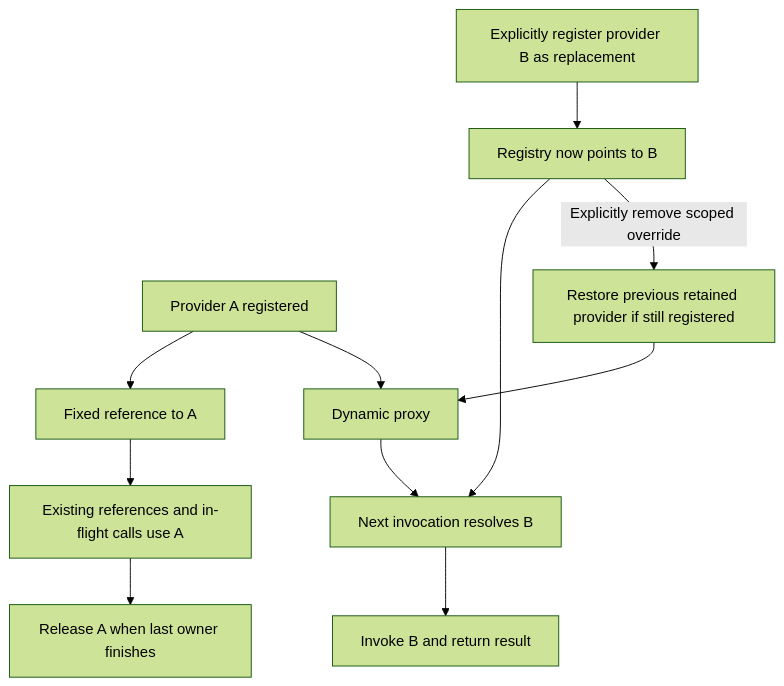
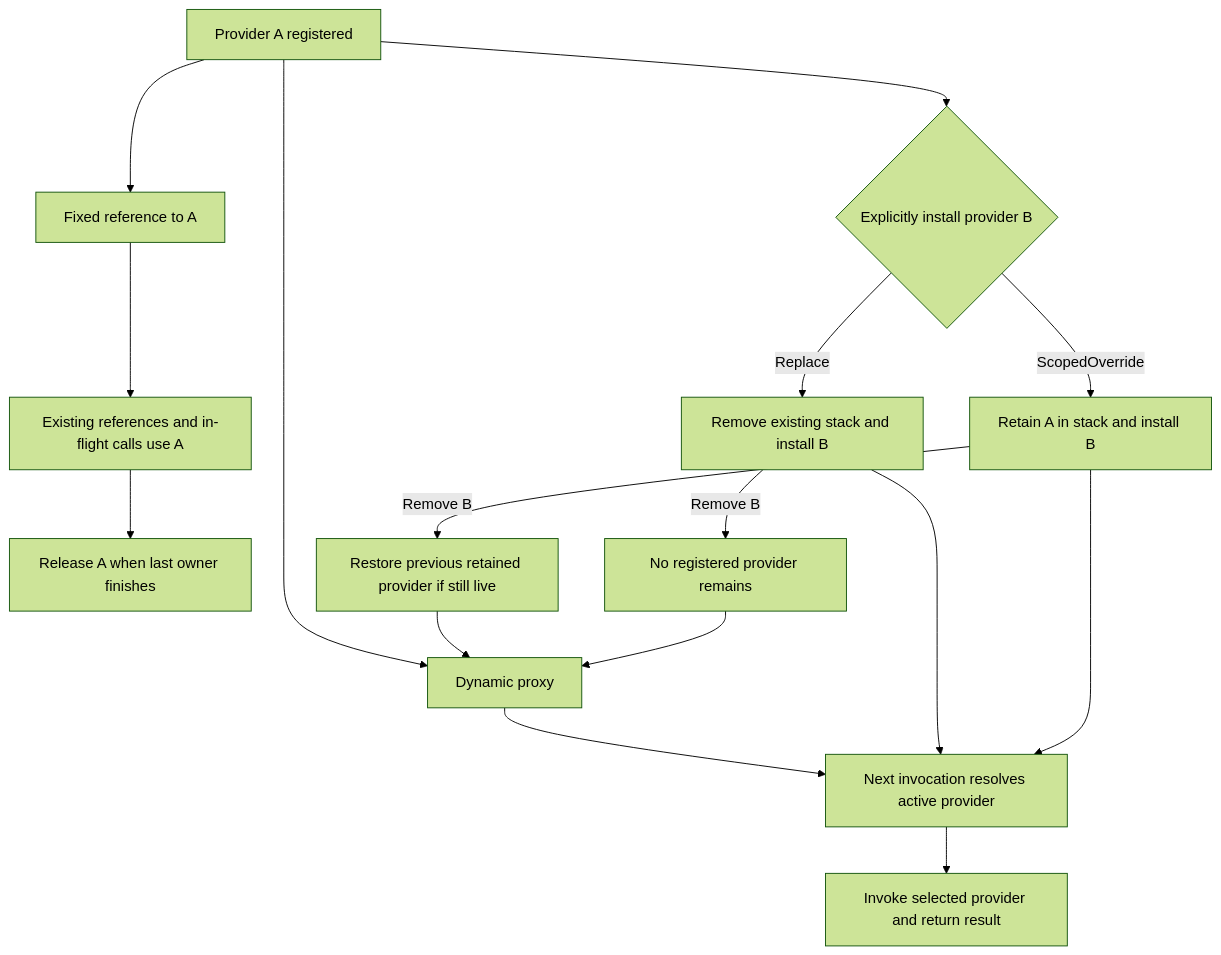
One commit to polyglue/polyglue changed diagram 34 of 45 in PROJECT.md. Above: the diagram before and after it, drawn with Mermaid (forest theme). The commit also changed other lines of this file, not shown here.

Commit message:
Expand service registry and listener lifecycle specification

````diff
--- a/PROJECT.md
+++ b/PROJECT.md
@@ -2930,13 +3072,18 @@
 ```mermaid
 flowchart TD
     A["Provider A registered"] --> B["Fixed reference to A"]
     A --> C["Dynamic proxy"]
-    D["Explicitly register provider B as replacement"] --> E["Registry now points to B"]
+    A --> D{"Explicitly install provider B"}
+    D -->|Replace| E["Remove existing stack and install B"]
+    D -->|ScopedOverride| K["Retain A in stack and install B"]
     B --> F["Existing references and in-flight calls use A"]
-    C --> G["Next invocation resolves B"]
+    C --> G["Next invocation resolves active provider"]
     E --> G
-    G --> H["Invoke B and return result"]
+    K --> G
+    G --> H["Invoke selected provider and return result"]
     F --> I["Release A when last owner finishes"]
-    E -->|Explicitly remove scoped override| J["Restore previous retained provider if still registered"]
+    E -->|Remove B| L["No registered provider remains"]
+    K -->|Remove B| J["Restore previous retained provider if still live"]
     J --> C
+    L --> C
 ```
````
